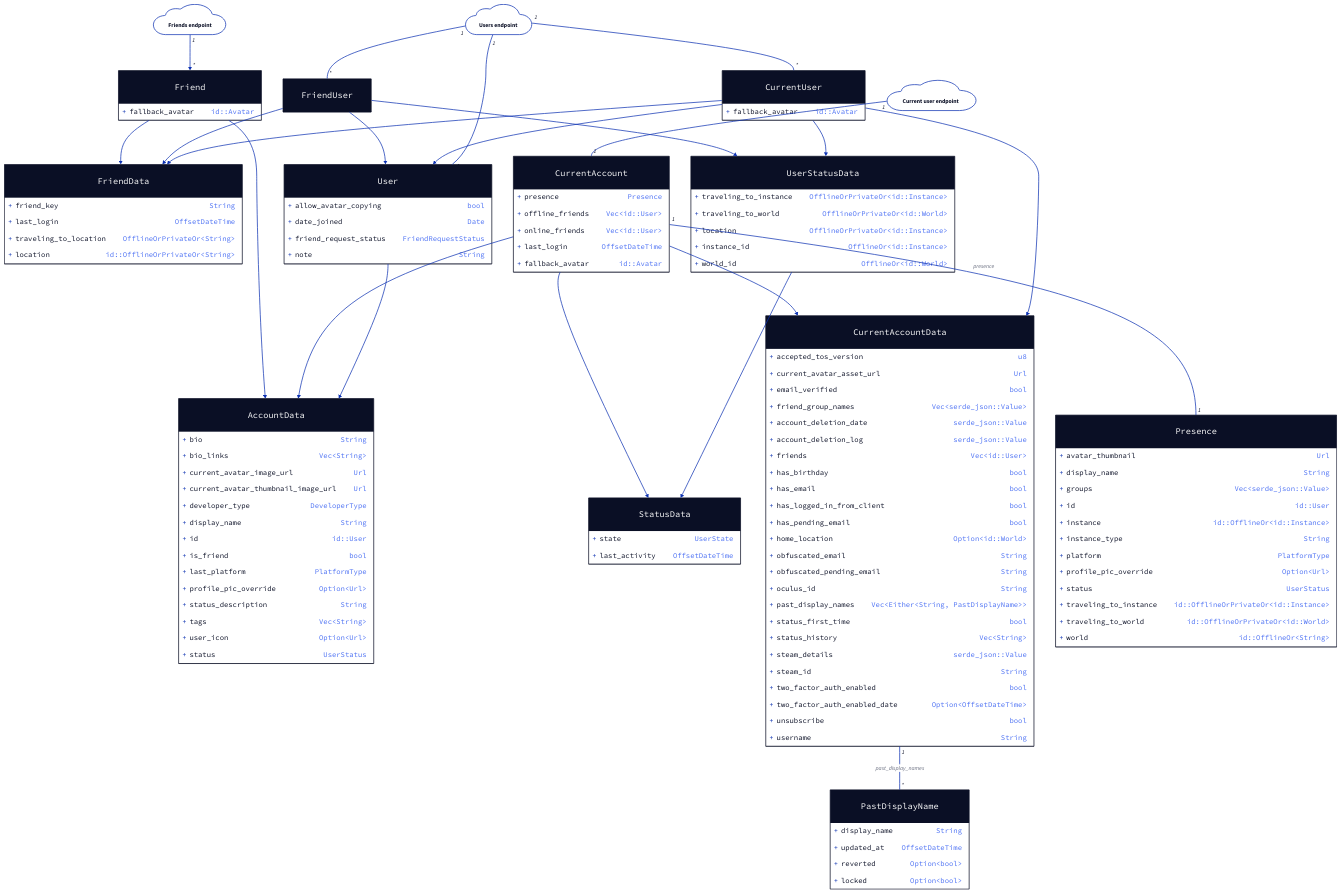
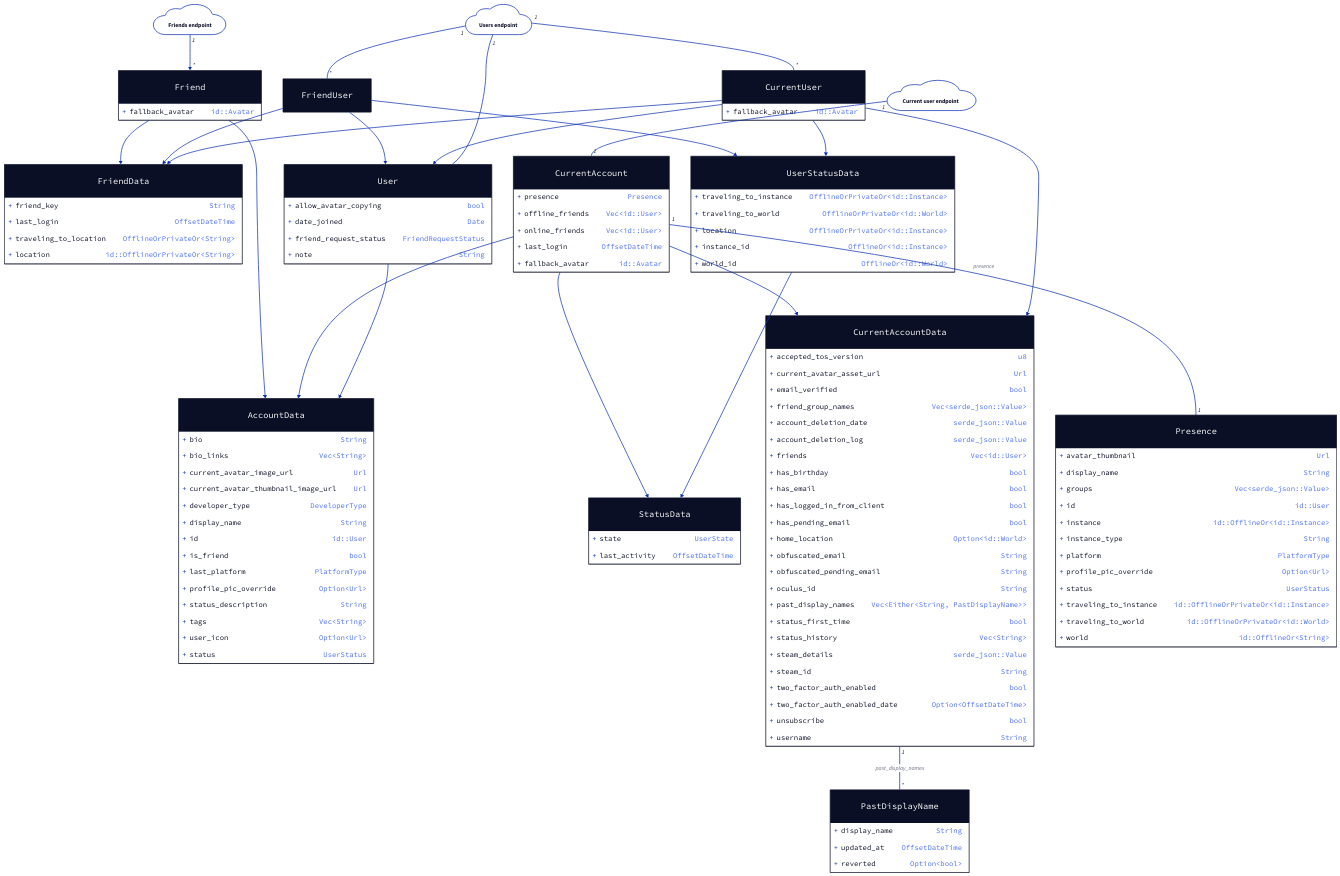
Before and after one commit to onlivfe/vrc_rs: the diagram in docs/users.d2, drawn with D2. The commit also changed 4 other files, not shown here.

```diff
--- a/docs/users.d2
+++ b/docs/users.d2
@@ -1,187 +1,186 @@
 AccountData: {
   shape: class
 
 	bio: String
 	bio_links: Vec<String>
 	current_avatar_image_url: Url
 	current_avatar_thumbnail_image_url: Url
 	developer_type: DeveloperType
 	display_name: String
 	id: id::User
 	is_friend: bool
 	last_platform: PlatformType
 	profile_pic_override: Option<Url>
 	status_description: String
 	tags: Vec<String>
 	user_icon: Option<Url>
 	status: UserStatus
 }
 
 StatusData: {
 	shape: class
 
 	state: UserState
 	last_activity: OffsetDateTime
 }
 
 FriendData: {
   shape: class
 
   friend_key: String
   last_login: OffsetDateTime
   traveling_to_location: OfflineOrPrivateOr<String>
 	location: id::OfflineOrPrivateOr<String>
 }
 
 Friend: {
   shape: class
 
 	fallback_avatar: id::Avatar
 }
 Friend -> AccountData
 Friend -> FriendData
 
 PastDisplayName: {
   shape: class
 
   display_name: String
   updated_at: OffsetDateTime
   reverted: Option<bool>
-  locked: Option<bool>
 }
 
 CurrentAccountData: {
   shape: class
 
   accepted_tos_version: u8
 	current_avatar_asset_url: Url
 	email_verified: bool
 	friend_group_names: Vec<serde_json::Value>
 	account_deletion_date: serde_json::Value
 	account_deletion_log: serde_json::Value
 	friends: Vec<id::User>
 	has_birthday: bool
 	has_email: bool
 	has_logged_in_from_client: bool
 	has_pending_email: bool
 	home_location: Option<id::World>
 	obfuscated_email: String
 	obfuscated_pending_email: String
 	oculus_id: String
 	past_display_names: Vec<Either<String, PastDisplayName>>
 	status_first_time: bool
 	status_history: Vec<String>
 	steam_details: serde_json::Value
 	steam_id: String
 	two_factor_auth_enabled: bool
 	two_factor_auth_enabled_date: Option<OffsetDateTime>
 	unsubscribe: bool
 	username: String
 }
 CurrentAccountData -- PastDisplayName: "past_display_names" {
 	source-arrowhead.label: 1
 	target-arrowhead.label: *
 }
 
 Presence: {
   shape: class
 
   avatar_thumbnail: Url
   display_name: String
   groups: Vec<serde_json::Value>
   id: id::User
   instance: id::OfflineOr<id::Instance>
   instance_type: String
   platform: PlatformType
   profile_pic_override: Option<Url>
   status: UserStatus
 	traveling_to_instance: id::OfflineOrPrivateOr<id::Instance>
 	traveling_to_world: id::OfflineOrPrivateOr<id::World>
   world: id::OfflineOr<String>
 }
 
 CurrentAccount: {
   shape: class
 
   presence: Presence
   offline_friends: Vec<id::User>
 	online_friends: Vec<id::User>
 	last_login: OffsetDateTime
 	fallback_avatar: id::Avatar
 }
 CurrentAccount -> AccountData
 CurrentAccount -> CurrentAccountData
 CurrentAccount -> StatusData
 CurrentAccount -- Presence: "presence" {
 	source-arrowhead.label: 1
 	target-arrowhead.label: 1
 }
 
 
 endpoint_friends: Friends endpoint
 endpoint_friends.shape: cloud
 endpoint_friends -> Friend {
 	source-arrowhead.label: 1
 	target-arrowhead.label: *
 }
 
 endpoint_current_user: Current user endpoint
 endpoint_current_user.shape: cloud
 endpoint_current_user -- CurrentAccount {
 	source-arrowhead.label: 1
 	target-arrowhead.label: 1
 }
 
 User: {
   shape: class
   
   allow_avatar_copying: bool
   date_joined: Date
   friend_request_status: FriendRequestStatus
 	note: String
 }
 User -> AccountData
 
 UserStatusData: {
   shape: class
 
 	traveling_to_instance: OfflineOrPrivateOr<id::Instance>
 	traveling_to_world: OfflineOrPrivateOr<id::World>
 	location: OfflineOrPrivateOr<id::Instance>
 	instance_id: OfflineOr<id::Instance>
 	world_id: OfflineOr<id::World>
 }
 UserStatusData -> StatusData
 
 FriendUser: {
   shape: class
 
 }
 FriendUser -> User
 FriendUser -> FriendData
 FriendUser -> UserStatusData
 
 CurrentUser: {
   shape: class
 
 	fallback_avatar: id::Avatar
 }
 CurrentUser -> User
 CurrentUser -> FriendData
 CurrentUser -> CurrentAccountData
 CurrentUser -> UserStatusData
 
 endpoint_users: Users endpoint
 endpoint_users.shape: cloud
 endpoint_users -- User {
 	source-arrowhead.label: 1
 	target-arrowhead.label: *
 }
 endpoint_users -- FriendUser {
 	source-arrowhead.label: 1
 	target-arrowhead.label: *
 }
 endpoint_users -- CurrentUser {
 	source-arrowhead.label: 1
 	target-arrowhead.label: *
 }
```
